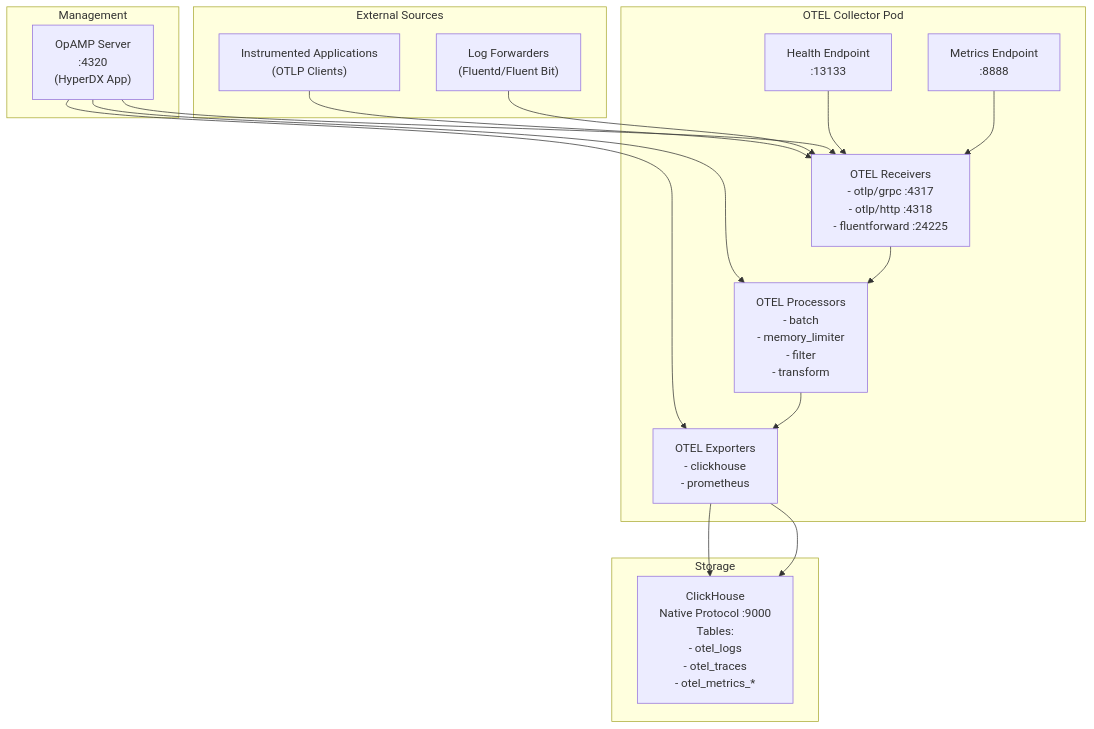
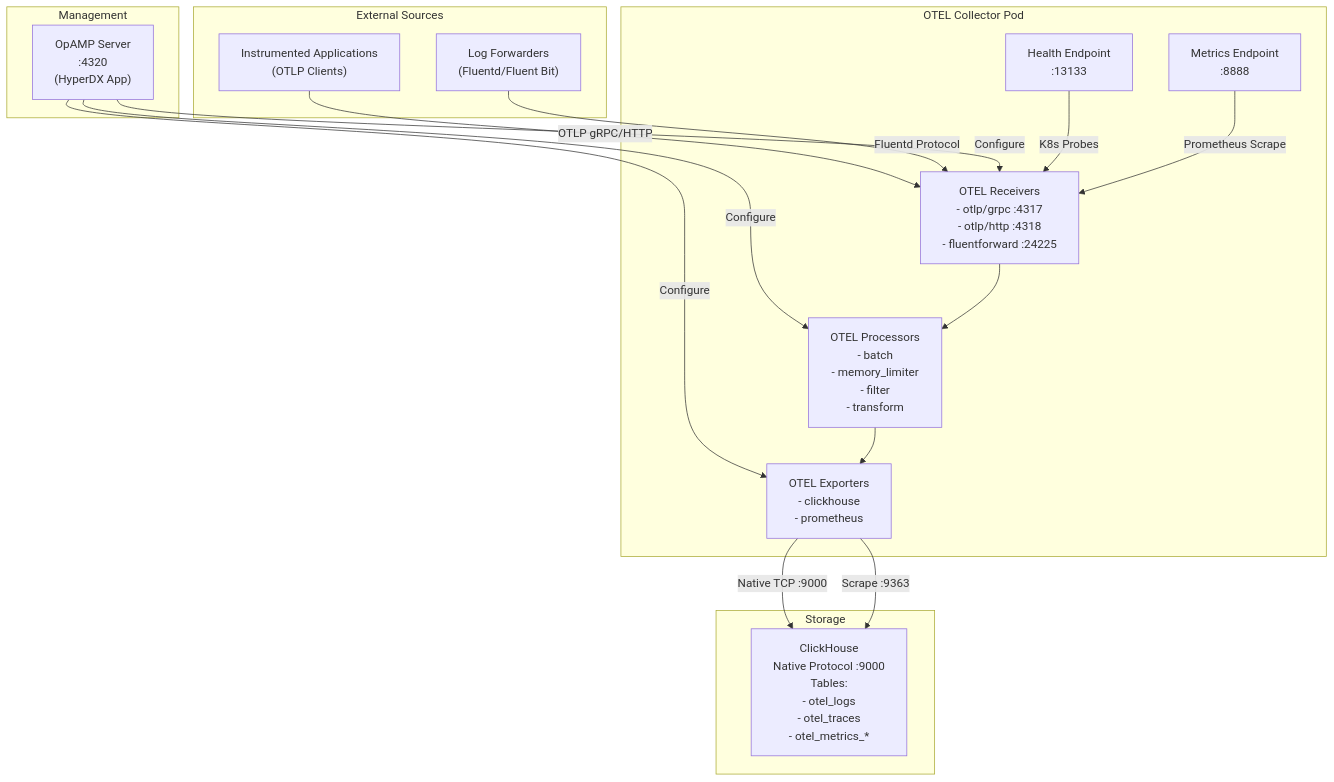
One commit to openchoreo/openchoreo changed the first of 7 diagrams in docs/hyperdxio-helm-charts-docs/OpenTelemetry-Collector.md. Above: the diagram before and after it, drawn with Mermaid. The commit also changed other lines of this file and 85 other files, not shown here.

Commit message:
feat: Add new workflow and specification templates, update Helm chart dependencies, and clarify documentation diagrams.

````diff
--- a/docs/hyperdxio-helm-charts-docs/OpenTelemetry-Collector.md
+++ b/docs/hyperdxio-helm-charts-docs/OpenTelemetry-Collector.md
@@ -36,46 +36,46 @@
 ```mermaid
 flowchart TD
 
 Apps["Instrumented Applications<br>(OTLP Clients)"]
 Logs["Log Forwarders<br>(Fluentd/Fluent Bit)"]
 Receivers["OTEL Receivers<br>- otlp/grpc :4317<br>- otlp/http :4318<br>- fluentforward :24225"]
 Processors["OTEL Processors<br>- batch<br>- memory_limiter<br>- filter<br>- transform"]
 Exporters["OTEL Exporters<br>- clickhouse<br>- prometheus"]
 Health["Health Endpoint<br>:13133"]
 Metrics["Metrics Endpoint<br>:8888"]
 CH["ClickHouse<br>Native Protocol :9000<br>Tables:<br>- otel_logs<br>- otel_traces<br>- otel_metrics_*"]
 OpAMP["OpAMP Server<br>:4320<br>(HyperDX App)"]
 
-Apps --> Receivers
-Logs --> Receivers
-Exporters --> CH
-Exporters --> CH
-OpAMP --> Receivers
-OpAMP --> Processors
-OpAMP --> Exporters
+Apps -->|"OTLP gRPC/HTTP"| Receivers
+Logs -->|"Fluentd Protocol"| Receivers
+Exporters -->|"Native TCP :9000"| CH
+Exporters -->|"Scrape :9363"| CH
+OpAMP -->|"Configure"| Receivers
+OpAMP -->|"Configure"| Processors
+OpAMP -->|"Configure"| Exporters
 
 subgraph Management ["Management"]
     OpAMP
 end
 
 subgraph Storage ["Storage"]
     CH
 end
 
 subgraph subGraph1 ["OTEL Collector Pod"]
     Receivers
     Processors
     Exporters
     Health
     Metrics
     Receivers --> Processors
     Processors --> Exporters
-    Health --> Receivers
-    Metrics --> Receivers
+    Health -->|"K8s Probes"| Receivers
+    Metrics -->|"Prometheus Scrape"| Receivers
 end
 
 subgraph subGraph0 ["External Sources"]
     Apps
     Logs
 end
 ```
````
